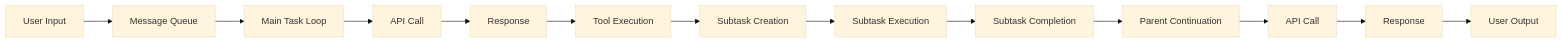
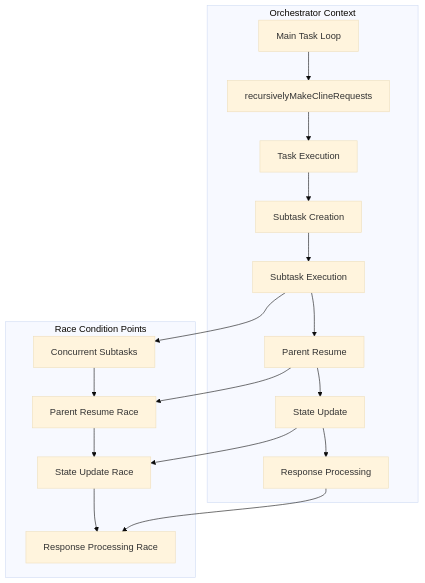
Before and after one commit to mschulkind/kilocode: the diagram in docs/architecture/race-condition/CODE_FLOW_ANALYSIS.md, drawn with Mermaid (base theme). The commit also changed other lines of this file and 41 other files, not shown here.

````diff
--- a/docs/architecture/race-condition/CODE_FLOW_ANALYSIS.md
+++ b/docs/architecture/race-condition/CODE_FLOW_ANALYSIS.md
@@ -251,15 +38,23 @@
 ```mermaid
-graph LR
-    A[User Input] --> B[Message Queue]
-    B --> C[Main Task Loop]
-    C --> D[API Call]
-    D --> E[Response]
-    E --> F[Tool Execution]
-    F --> G[Subtask Creation]
-    G --> H[Subtask Execution]
-    H --> I[Subtask Completion]
-    I --> J[Parent Continuation]
-    J --> K[API Call]
-    K --> L[Response]
-    L --> M[User Output]
+graph TB
+    subgraph "Orchestrator Context"
+        A[Main Task Loop] --> B[recursivelyMakeClineRequests]
+        B --> C[Task Execution]
+        C --> D[Subtask Creation]
+        D --> E[Subtask Execution]
+        E --> F[Parent Resume]
+        F --> G[State Update]
+        G --> H[Response Processing]
+    end
+    
+    subgraph "Race Condition Points"
+        I[Concurrent Subtasks] --> J[Parent Resume Race]
+        J --> K[State Update Race]
+        K --> L[Response Processing Race]
+    end
+    
+    E --> I
+    F --> J
+    G --> K
+    H --> L
 ```
````
